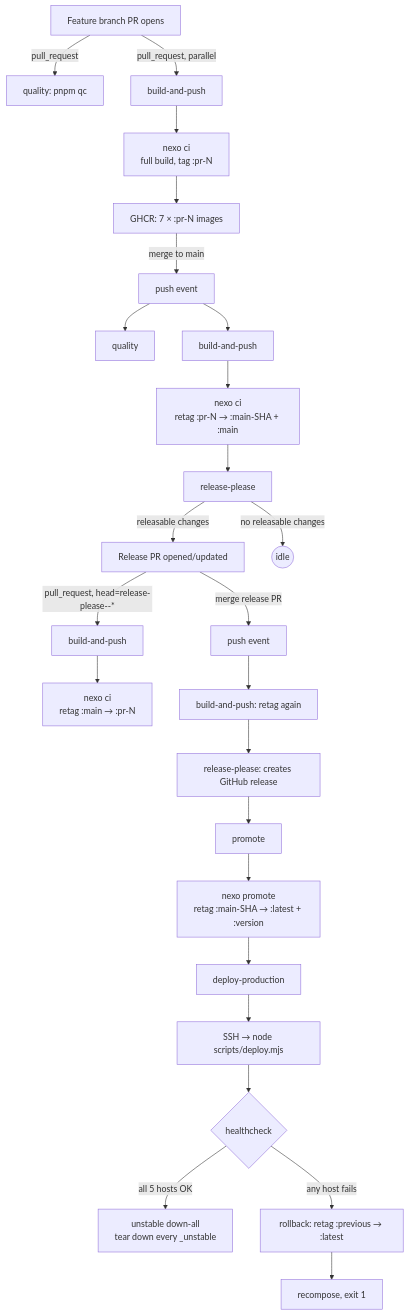
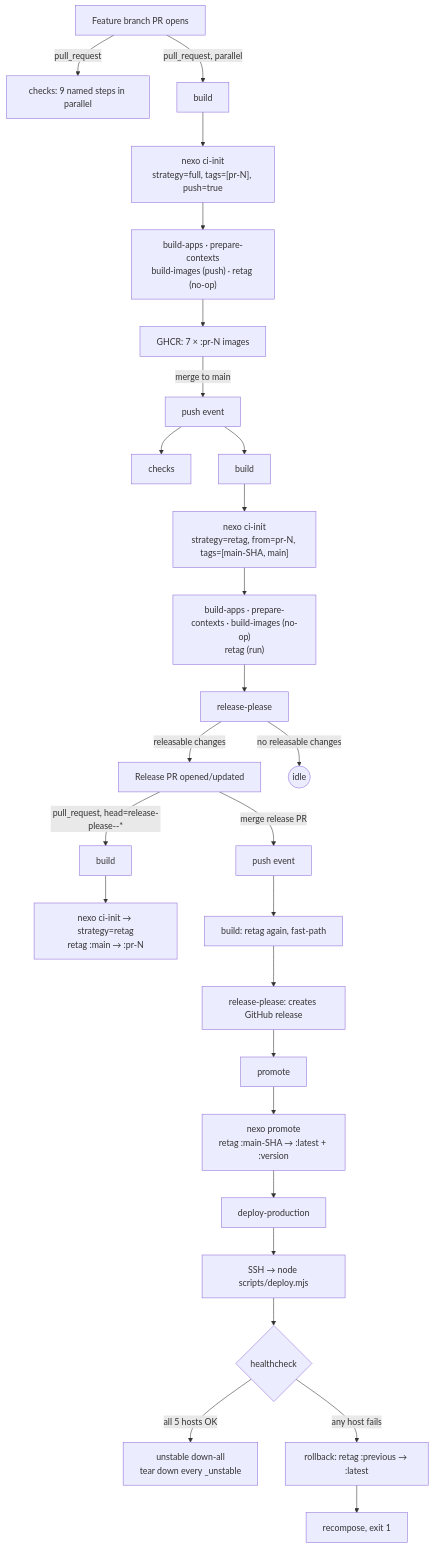
Before and after one commit to nexo-suite/nexo: the first of 3 diagrams in docs/deployment.md, drawn with Mermaid. The commit also changed other lines of this file and 20 other files, not shown here.

````diff
--- a/docs/deployment.md
+++ b/docs/deployment.md
@@ -149,30 +151,32 @@
 ```mermaid
 flowchart TD
-  A[Feature branch PR opens] -->|pull_request| B[quality: pnpm qc]
-  A -->|pull_request, parallel| C[build-and-push]
-  C --> C1["nexo ci<br/>full build, tag :pr-N"]
+  A[Feature branch PR opens] -->|pull_request| B[checks: 9 named steps in parallel]
+  A -->|pull_request, parallel| C[build]
+  C --> C0["nexo ci-init<br/>strategy=full, tags=[pr-N], push=true"]
+  C0 --> C1["build-apps · prepare-contexts<br/>build-images (push) · retag (no-op)"]
   C1 --> D[GHCR: 7 × :pr-N images]
 
   D -->|merge to main| E[push event]
-  E --> F[quality]
-  E --> G[build-and-push]
-  G --> G1["nexo ci<br/>retag :pr-N → :main-SHA + :main"]
+  E --> F[checks]
+  E --> G[build]
+  G --> G0["nexo ci-init<br/>strategy=retag, from=pr-N, tags=[main-SHA, main]"]
+  G0 --> G1["build-apps · prepare-contexts · build-images (no-op)<br/>retag (run)"]
   G1 --> H[release-please]
   H -->|releasable changes| I[Release PR opened/updated]
   H -->|no releasable changes| Z((idle))
 
-  I -->|pull_request, head=release-please--*| J[build-and-push]
-  J --> J1["nexo ci<br/>retag :main → :pr-N"]
+  I -->|pull_request, head=release-please--*| J[build]
+  J --> J1["nexo ci-init → strategy=retag<br/>retag :main → :pr-N"]
 
   I -->|merge release PR| K[push event]
-  K --> L[build-and-push: retag again]
+  K --> L[build: retag again, fast-path]
   L --> M[release-please: creates GitHub release]
   M --> N[promote]
   N --> N1["nexo promote<br/>retag :main-SHA → :latest + :version"]
   N1 --> O[deploy-production]
   O --> O1["SSH → node scripts/deploy.mjs"]
   O1 --> P{healthcheck}
   P -->|all 5 hosts OK| Q[unstable down-all<br/>tear down every _unstable]
   P -->|any host fails| R[rollback: retag :previous → :latest]
   R --> S[recompose, exit 1]
 ```
````
